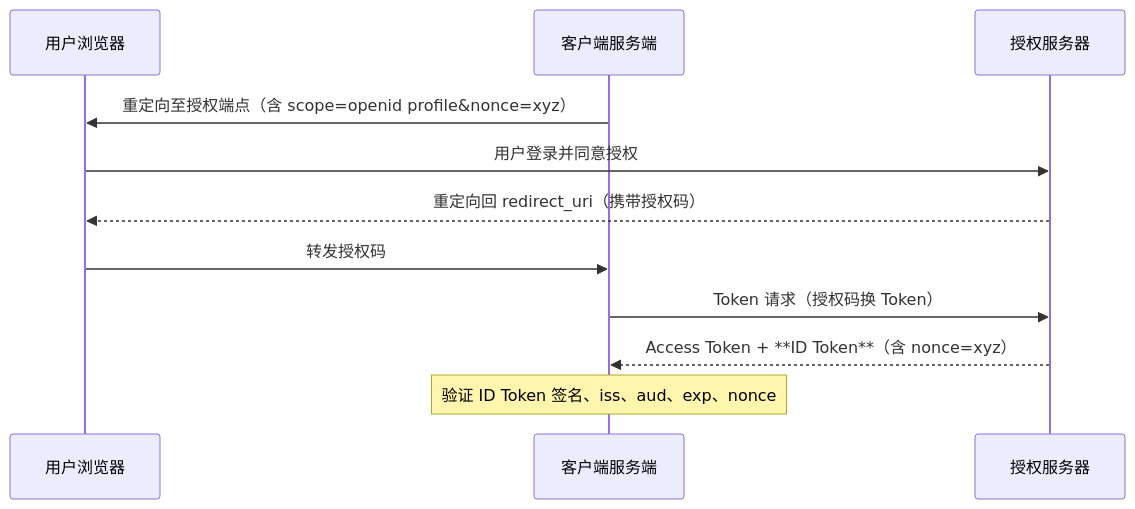
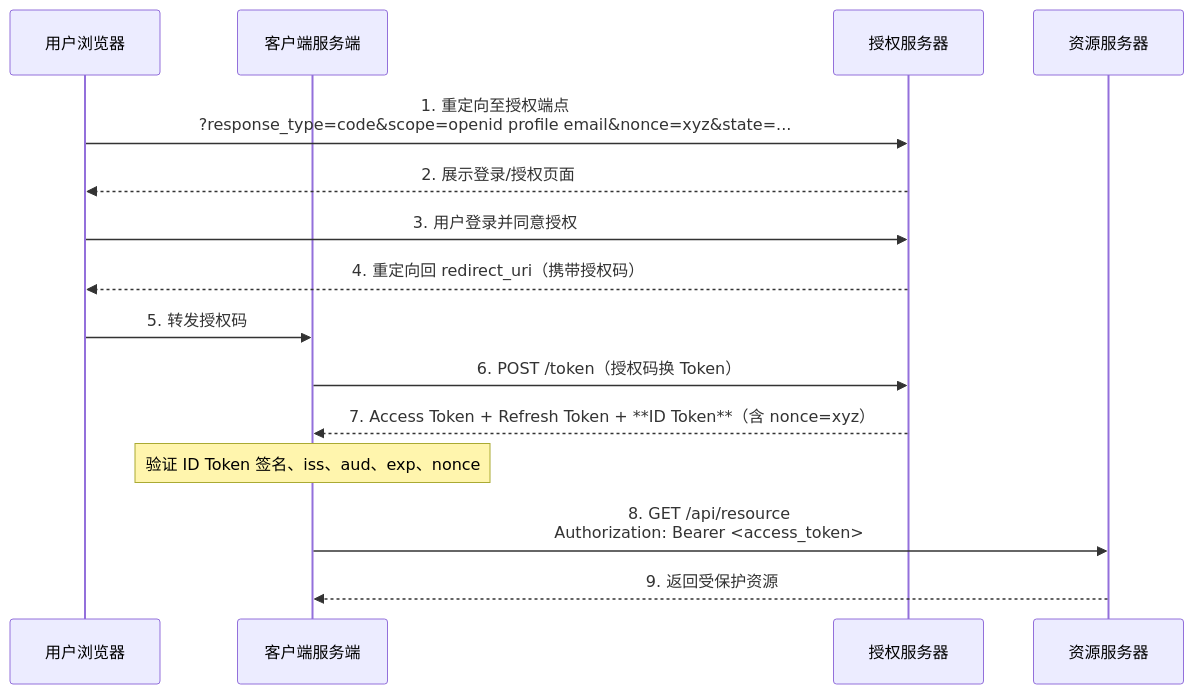
The diagram in docs/topic/oauth/openid-connect/index.md (luguosong/programming-notes), drawn with Mermaid before and after one commit. The commit also changed other lines of this file, not shown here.

Commit message:
docs(oauth): OIDC 时序图补充资源服务器参与者与详细逐步说明
- 时序图增加资源服务器参与者（第 8-9 步），展示 Access Token 用于 API 访问的完整闭环
- 修正时序图箭头方向（重定向由用户浏览器发起，与授权类型文档保持一致）
- 补充逐步文字说明：重点解释 openid scope 触发机制、nonce 防重放原理、ID Token vs Access Token 的职责分工

````diff
--- a/docs/topic/oauth/openid-connect/index.md
+++ b/docs/topic/oauth/openid-connect/index.md
@@ -122,14 +122,18 @@
 ``` mermaid
 sequenceDiagram
     participant 用户浏览器
     participant 客户端服务端
     participant 授权服务器
+    participant 资源服务器
 
-    客户端服务端->>用户浏览器: 重定向至授权端点（含 scope=openid profile&nonce=xyz）
-    用户浏览器->>授权服务器: 用户登录并同意授权
-    授权服务器-->>用户浏览器: 重定向回 redirect_uri（携带授权码）
-    用户浏览器->>客户端服务端: 转发授权码
-    客户端服务端->>授权服务器: Token 请求（授权码换 Token）
-    授权服务器-->>客户端服务端: Access Token + **ID Token**（含 nonce=xyz）
+    用户浏览器->>授权服务器: 1. 重定向至授权端点<br/>?response_type=code&scope=openid profile email&nonce=xyz&state=...
+    授权服务器-->>用户浏览器: 2. 展示登录/授权页面
+    用户浏览器->>授权服务器: 3. 用户登录并同意授权
+    授权服务器-->>用户浏览器: 4. 重定向回 redirect_uri（携带授权码）
+    用户浏览器->>客户端服务端: 5. 转发授权码
+    客户端服务端->>授权服务器: 6. POST /token（授权码换 Token）
+    授权服务器-->>客户端服务端: 7. Access Token + Refresh Token + **ID Token**（含 nonce=xyz）
     Note over 客户端服务端: 验证 ID Token 签名、iss、aud、exp、nonce
+    客户端服务端->>资源服务器: 8. GET /api/resource<br/>Authorization: Bearer <access_token>
+    资源服务器-->>客户端服务端: 9. 返回受保护资源
 ```
````
